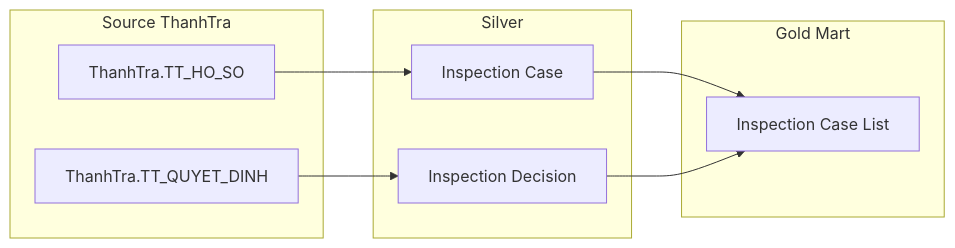
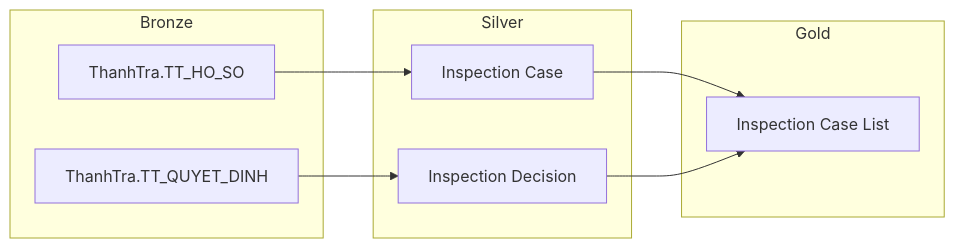
Before and after one commit to linhlvit/ubck_atomic_design: the second of 25 diagrams in Gold/hld/GOLD_TT_HLD.md, drawn with Mermaid. The commit also changed other lines of this file and 3 other files, not shown here.

````diff
--- a/Gold/hld/GOLD_TT_HLD.md
+++ b/Gold/hld/GOLD_TT_HLD.md
@@ -68,22 +70,22 @@
 ```mermaid
 flowchart LR
-    subgraph SRC["Source ThanhTra"]
+    subgraph SRC["Bronze"]
         S1["ThanhTra.TT_HO_SO"]
         S2["ThanhTra.TT_QUYET_DINH"]
     end
 
     subgraph SIL["Silver"]
         SV1["Inspection Case"]
         SV2["Inspection Decision"]
     end
 
-    subgraph GOLD["Gold Mart"]
+    subgraph GOLD["Gold"]
         G1["Inspection Case List"]
     end
 
     S1 --> SV1
     S2 --> SV2
 
     SV1 --> G1
     SV2 --> G1
 ```
````
